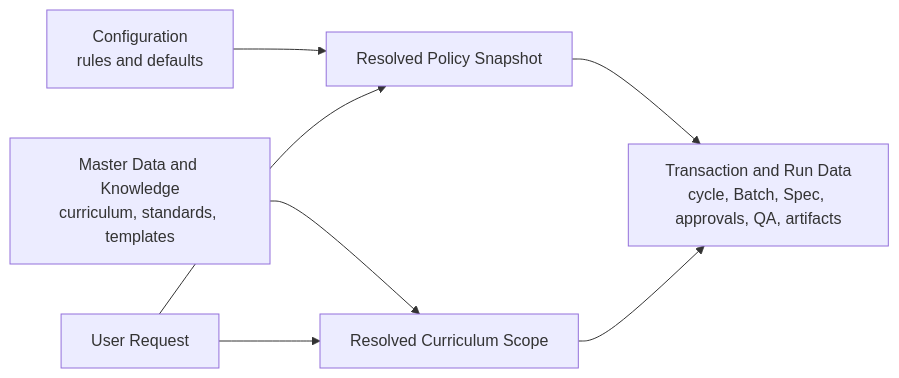
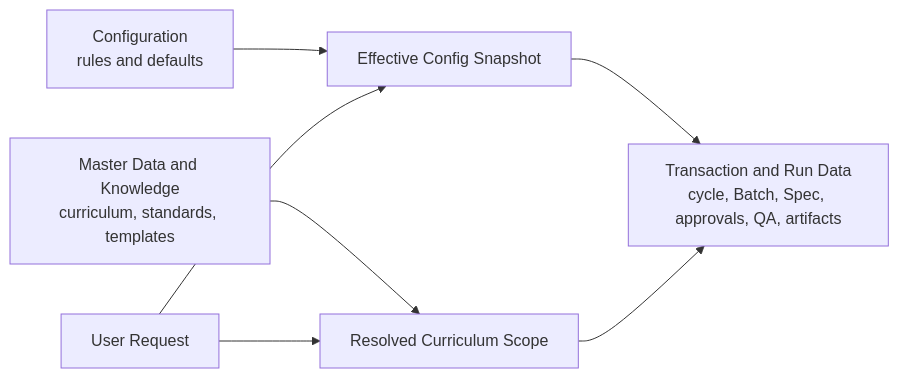
The fifth of 6 diagrams in specs/generate_math_worksheets/03. design/design.md (kpkchaitanya/mts-crossmodel), drawn with Mermaid before and after one commit. The commit also changed other lines of this file and 7 other files, not shown here.

````diff
--- a/specs/generate_math_worksheets/03. design/design.md
+++ b/specs/generate_math_worksheets/03. design/design.md
@@ -712,9 +712,9 @@
 ```mermaid
 flowchart LR
-    CFG[Configuration\nrules and defaults] --> POL[Resolved Policy Snapshot]
+    CFG[Configuration\nrules and defaults] --> ECFG[Effective Config Snapshot]
     KNOW[Master Data and Knowledge\ncurriculum, standards, templates] --> SCOPE[Resolved Curriculum Scope]
-    REQ[User Request] --> POL
+    REQ[User Request] --> ECFG
     REQ --> SCOPE
-    POL --> RUN[Transaction and Run Data\ncycle, Batch, Spec, approvals, QA, artifacts]
+    ECFG --> RUN[Transaction and Run Data\ncycle, Batch, Spec, approvals, QA, artifacts]
     SCOPE --> RUN
 ```
````
